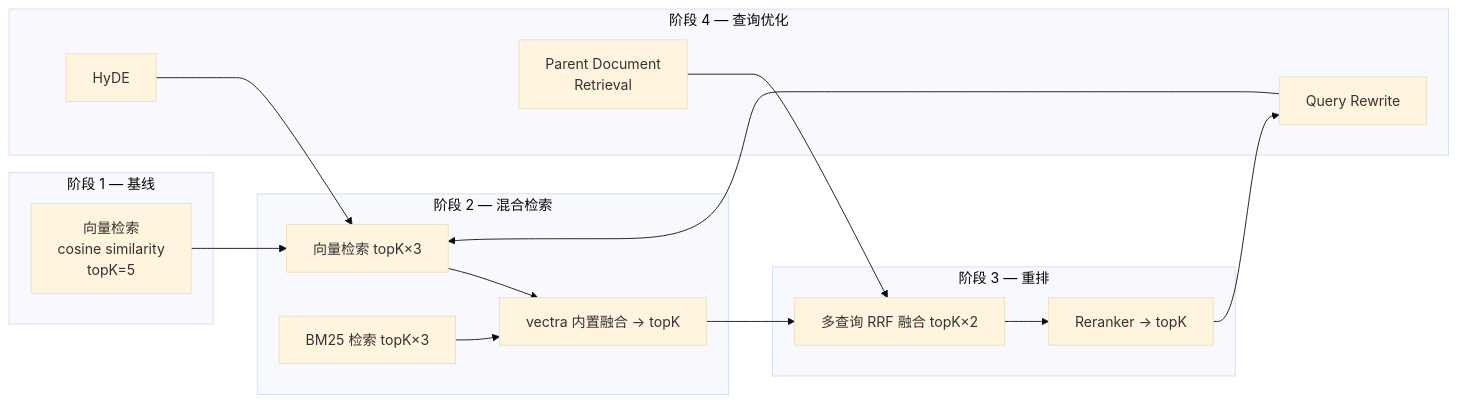
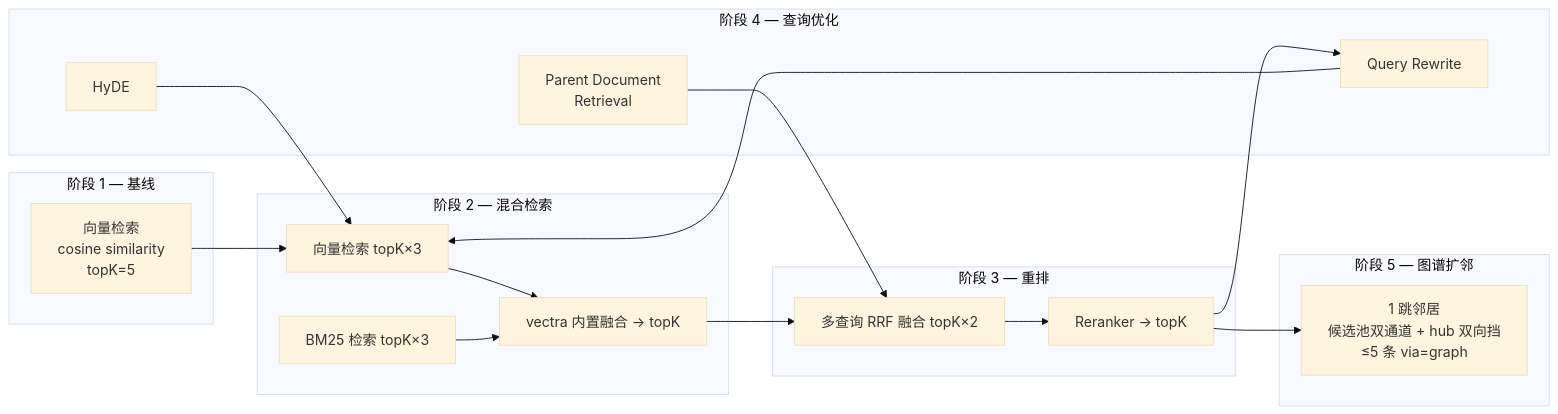
The fifth of 5 diagrams in docs/architecture/rag/retriever.md (golddream-y/obsidian-ratel), drawn with Mermaid (base theme) before and after one commit. The commit also changed other lines of this file and 15 other files, not shown here.

First line of the commit message:
docs(arch): 图谱检索 + MCP 平台 + 能力池架构设计与文档收敛

````diff
--- a/docs/architecture/rag/retriever.md
+++ b/docs/architecture/rag/retriever.md
@@ -179,33 +223,38 @@
 ```mermaid
 graph LR
     subgraph "阶段 1 — 基线"
         V["向量检索<br/>cosine similarity<br/>topK=5"]
     end
 
     subgraph "阶段 2 — 混合检索"
         V2["向量检索 topK×3"]
         B["BM25 检索 topK×3"]
         R["vectra 内置融合 → topK"]
         V2 --> R
         B --> R
     end
 
     subgraph "阶段 3 — 重排"
         R2["多查询 RRF 融合 topK×2"]
         RR["Reranker → topK"]
         R2 --> RR
     end
 
     subgraph "阶段 4 — 查询优化"
         Q["Query Rewrite"]
         H["HyDE"]
         P["Parent Document<br/>Retrieval"]
         Q --> V2
         H --> V2
         P --> R2
     end
 
+    subgraph "阶段 5 — 图谱扩邻"
+        GE["1 跳邻居<br/>候选池双通道 + hub 双向挡<br/>≤5 条 via=graph"]
+    end
+
     V --> V2
     R --> R2
     RR --> Q
+    RR --> GE
 ```
````
